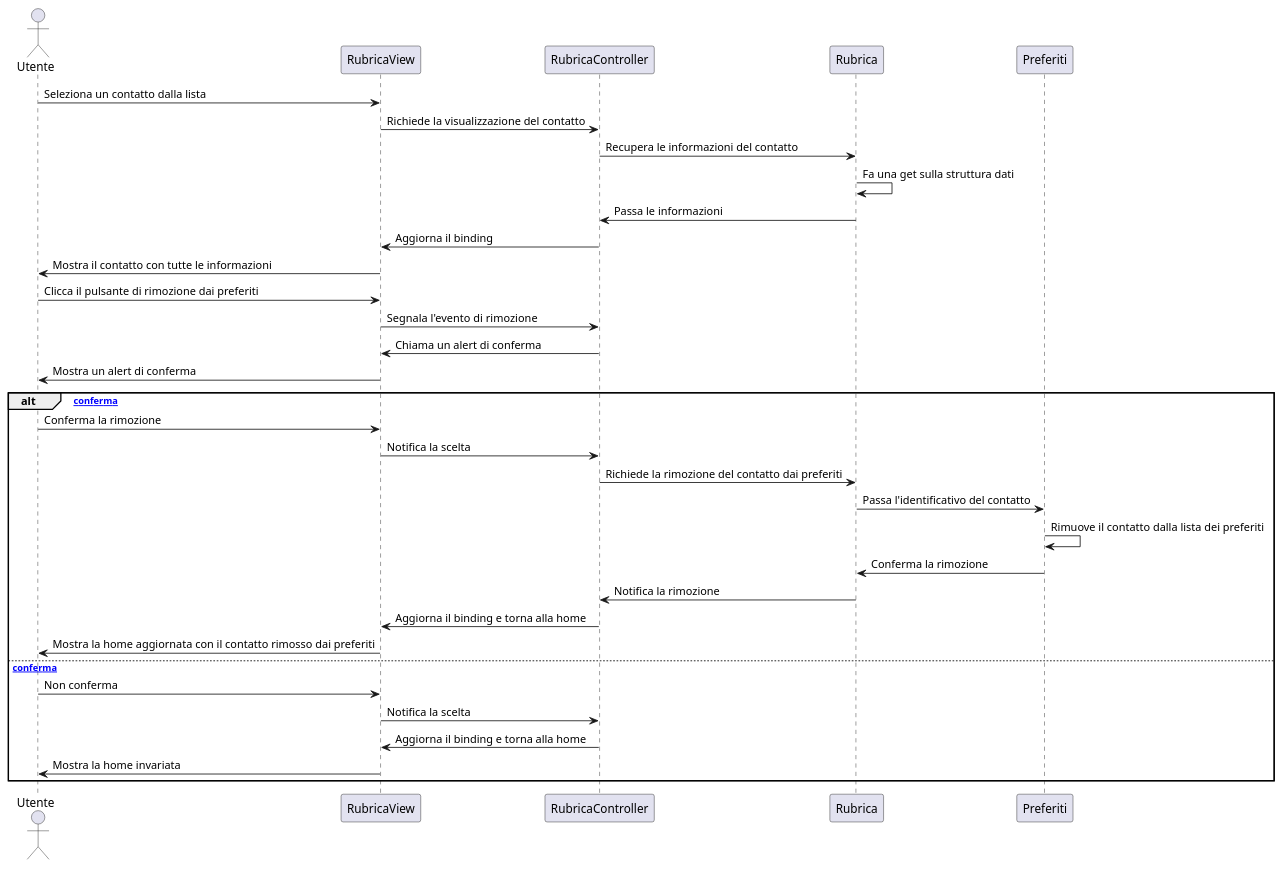
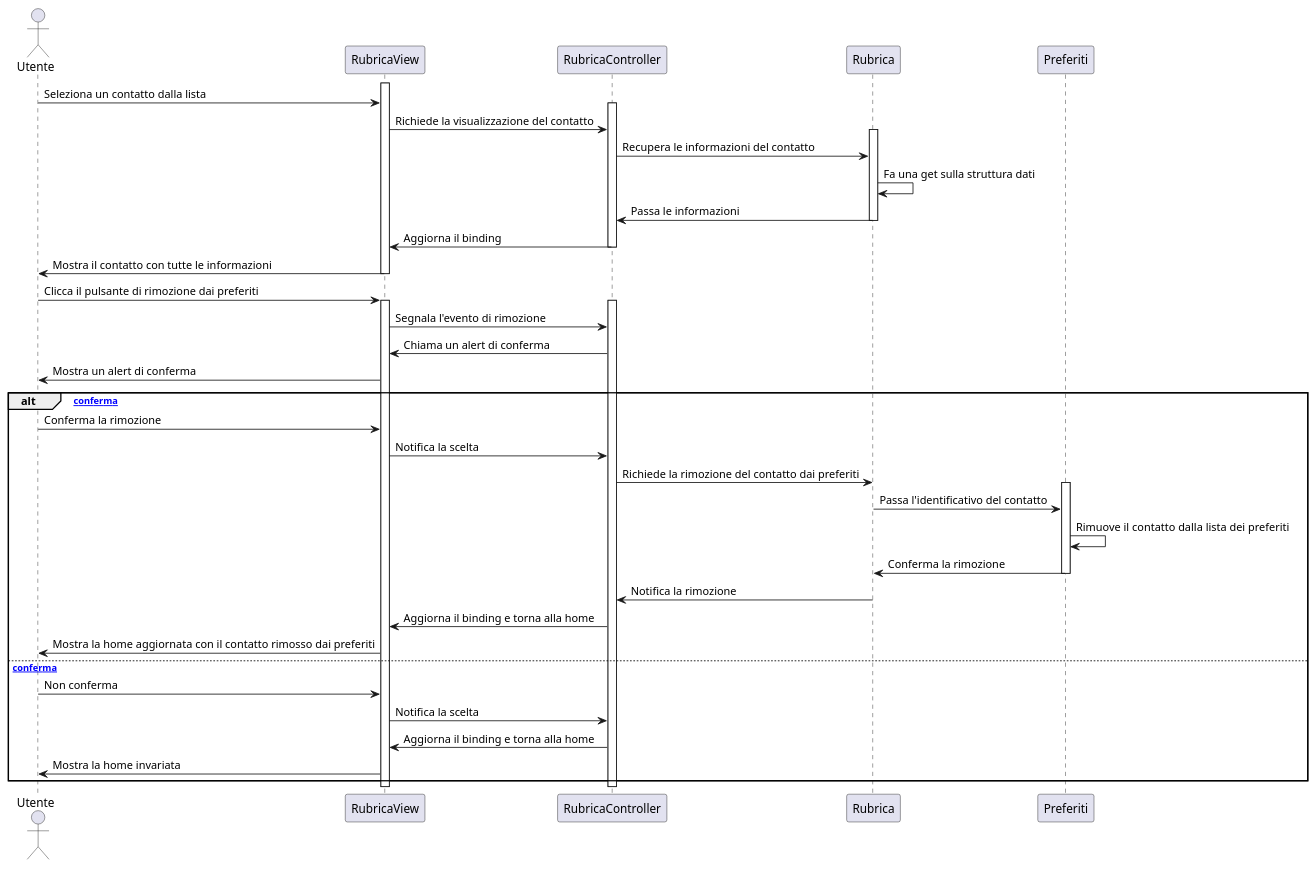
One commit to emanueletocci/uni-swe-project changed the diagram in docs/bozze/Diagrammi/Sequenza/ScenarioRimuoviPreferiti.puml. Above: the diagram before and after it, drawn with PlantUML. The commit also changed 3 other files, not shown here.

```diff
--- a/docs/bozze/Diagrammi/Sequenza/ScenarioRimuoviPreferiti.puml
+++ b/docs/bozze/Diagrammi/Sequenza/ScenarioRimuoviPreferiti.puml
@@ -1,35 +1,48 @@
 @startuml
 'https://plantuml.com/sequence-diagram
 
 actor Utente
 
+activate RubricaView
 Utente -> RubricaView : Seleziona un contatto dalla lista
+activate RubricaController
 RubricaView -> RubricaController : Richiede la visualizzazione del contatto
+activate Rubrica
 RubricaController -> Rubrica : Recupera le informazioni del contatto
 Rubrica -> Rubrica : Fa una get sulla struttura dati
 Rubrica -> RubricaController : Passa le informazioni
+deactivate Rubrica
 RubricaController -> RubricaView : Aggiorna il binding
+deactivate RubricaController
 RubricaView -> Utente : Mostra il contatto con tutte le informazioni
+deactivate RubricaView
+
 
 Utente -> RubricaView : Clicca il pulsante di rimozione dai preferiti
+activate RubricaView
+activate RubricaController
 RubricaView -> RubricaController : Segnala l'evento di rimozione
 RubricaController -> RubricaView : Chiama un alert di conferma
 RubricaView -> Utente : Mostra un alert di conferma
 alt [conferma]
     Utente -> RubricaView : Conferma la rimozione
     RubricaView -> RubricaController : Notifica la scelta
     RubricaController -> Rubrica : Richiede la rimozione del contatto dai preferiti
+    activate Preferiti
     Rubrica -> Preferiti : Passa l'identificativo del contatto
     Preferiti -> Preferiti : Rimuove il contatto dalla lista dei preferiti
     Preferiti -> Rubrica : Conferma la rimozione
+    deactivate Preferiti
     Rubrica -> RubricaController : Notifica la rimozione
     RubricaController -> RubricaView : Aggiorna il binding e torna alla home
     RubricaView -> Utente : Mostra la home aggiornata con il contatto rimosso dai preferiti
 else [non conferma]
     Utente -> RubricaView : Non conferma
     RubricaView -> RubricaController : Notifica la scelta
     RubricaController -> RubricaView : Aggiorna il binding e torna alla home
     RubricaView -> Utente : Mostra la home invariata
 end
+deactivate RubricaController
+deactivate RubricaView
 
 @enduml
```
